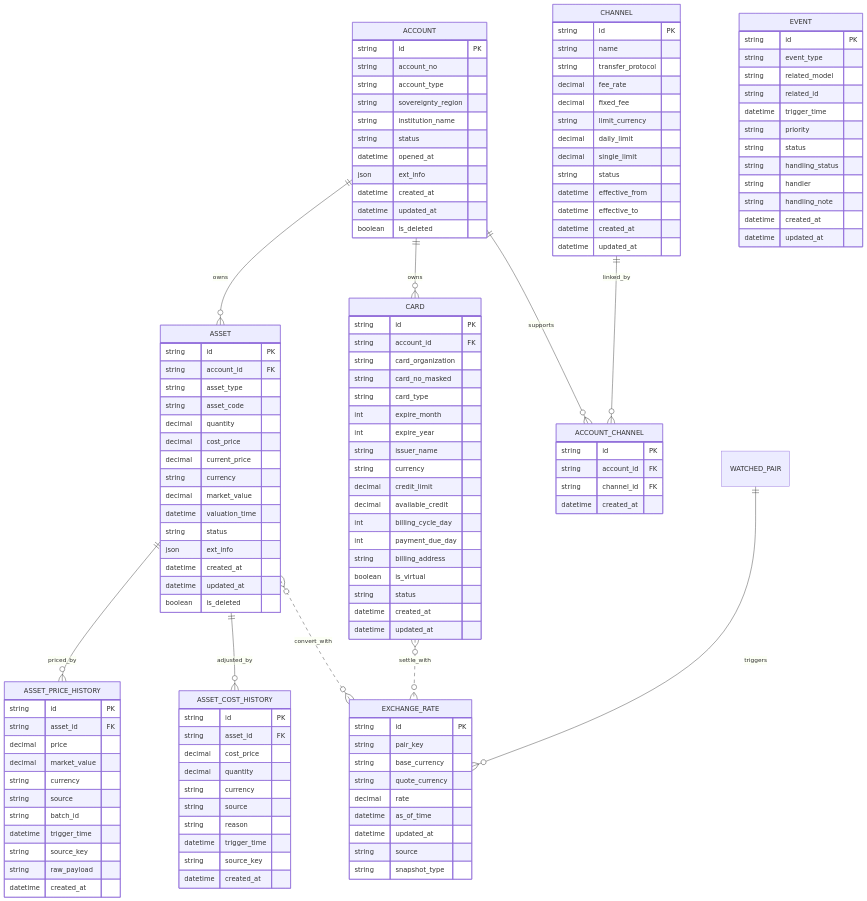
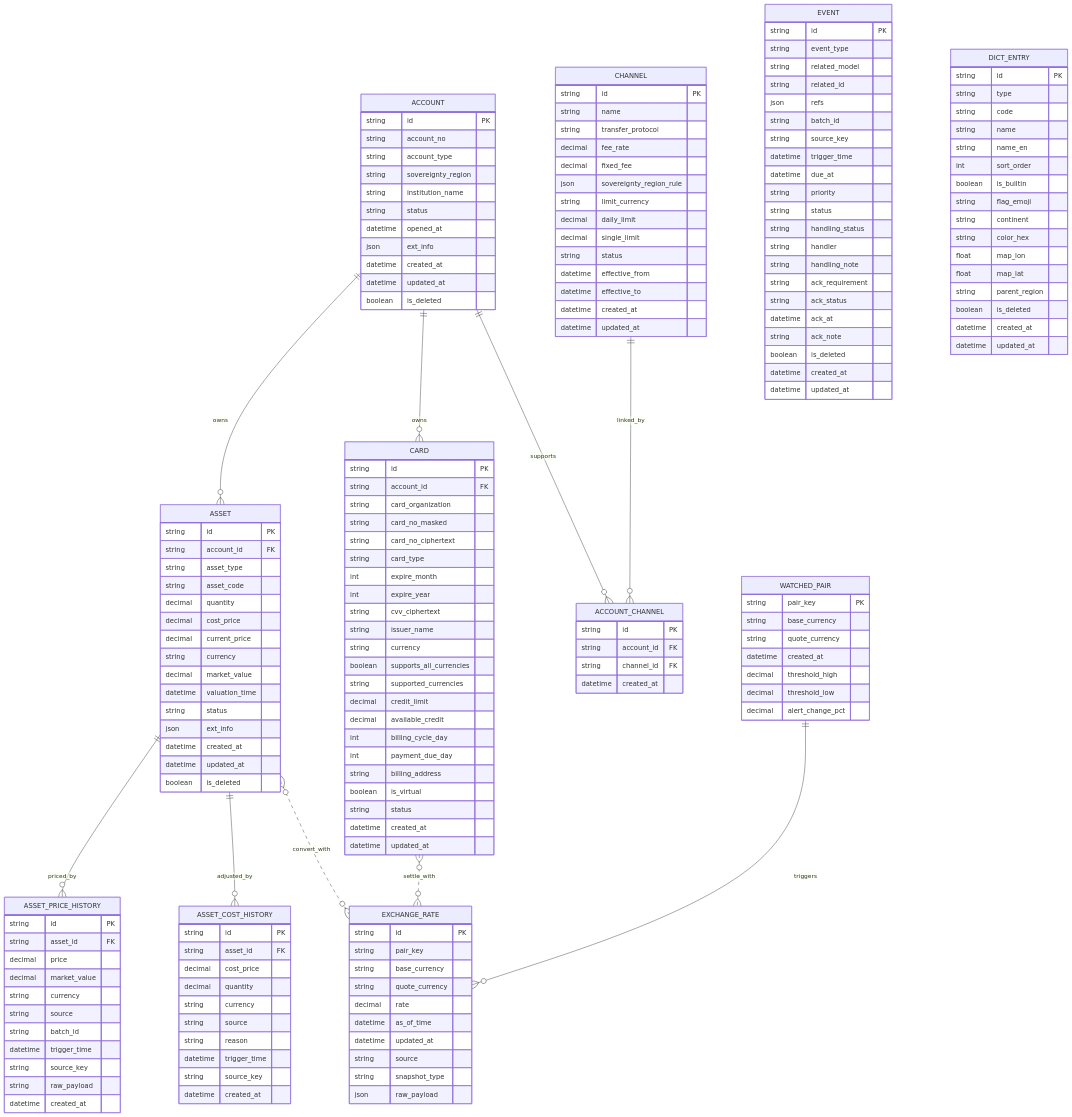
The diagram in doc/er-diagram.md (Karenina-na/coffer), drawn with Mermaid before and after one commit. The commit also changed other lines of this file and 4 other files, not shown here.

Commit message:
docs: sync architecture and UI references

````diff
--- a/doc/er-diagram.md
+++ b/doc/er-diagram.md
@@ -56,6 +56,7 @@
         string transfer_protocol
         decimal fee_rate
         decimal fixed_fee
+        json sovereignty_region_rule
         string limit_currency
         decimal daily_limit
         decimal single_limit
@@ -78,11 +79,15 @@
         string account_id FK
         string card_organization
         string card_no_masked
+        string card_no_ciphertext
         string card_type
         int expire_month
         int expire_year
+        string cvv_ciphertext
         string issuer_name
         string currency
+        boolean supports_all_currencies
+        string supported_currencies
         decimal credit_limit
         decimal available_credit
         int billing_cycle_day
@@ -104,6 +109,7 @@
         datetime updated_at
         string source
         string snapshot_type
+        json raw_payload
     }
 
     EVENT {
@@ -111,12 +117,21 @@
         string event_type
         string related_model
         string related_id
+        json refs
+        string batch_id
+        string source_key
         datetime trigger_time
+        datetime due_at
         string priority
         string status
         string handling_status
         string handler
         string handling_note
+        string ack_requirement
+        string ack_status
+        datetime ack_at
+        string ack_note
+        boolean is_deleted
         datetime created_at
         datetime updated_at
     }
@@ -147,4 +162,33 @@
         string source_key
         datetime created_at
     }
+
+    WATCHED_PAIR {
+        string pair_key PK
+        string base_currency
+        string quote_currency
+        datetime created_at
+        decimal threshold_high
+        decimal threshold_low
+        decimal alert_change_pct
+    }
+
+    DICT_ENTRY {
+        string id PK
+        string type
+        string code
+        string name
+        string name_en
+        int sort_order
+        boolean is_builtin
+        string flag_emoji
+        string continent
+        string color_hex
+        float map_lon
+        float map_lat
+        string parent_region
+        boolean is_deleted
+        datetime created_at
+        datetime updated_at
+    }
 ```
````
